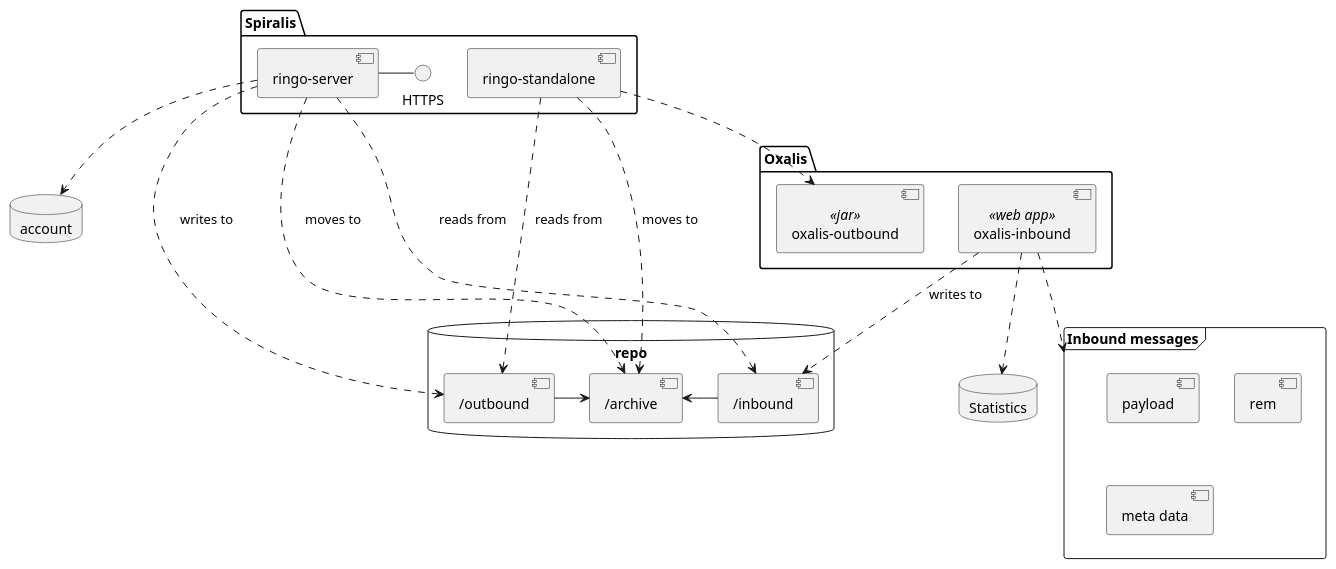
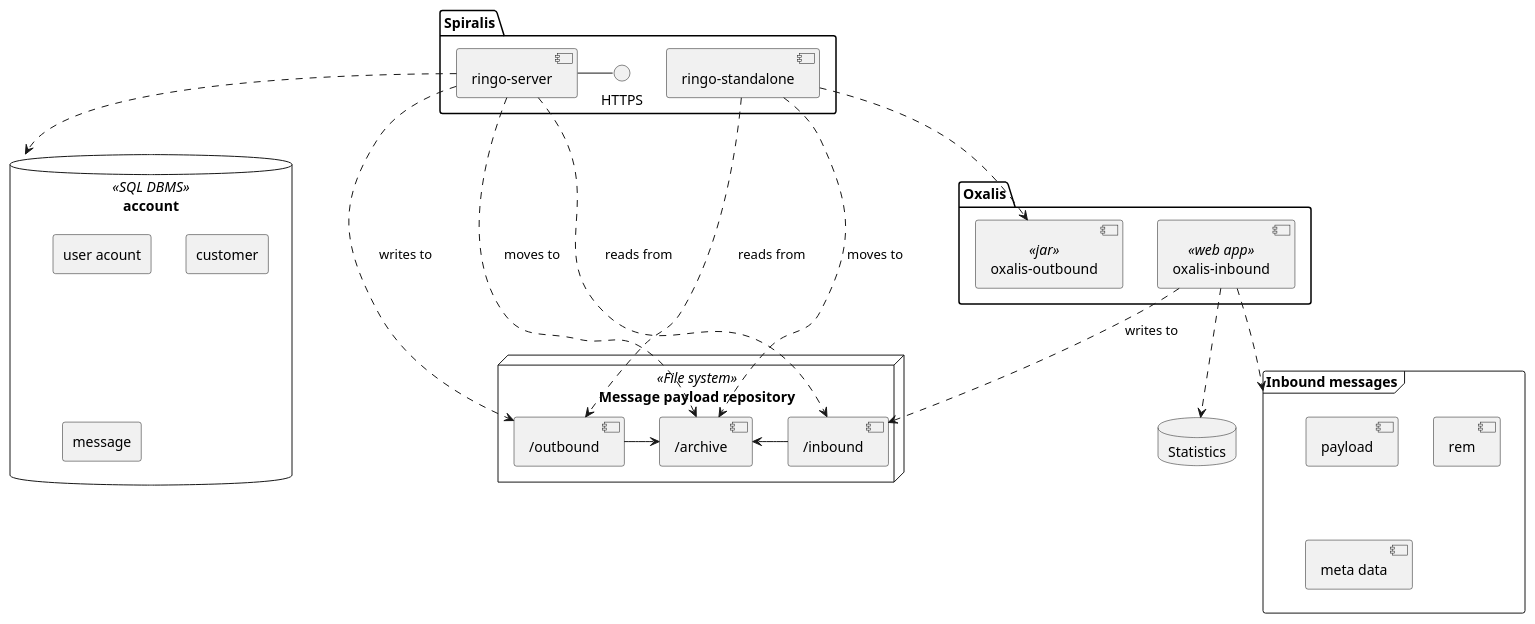
One commit to serxipc/vefa-srest changed the diagram in doc/integration-with-oxalis.puml. Above: the diagram before and after it, drawn with PlantUML. The commit also changed 19 other files, not shown here.

```diff
--- a/doc/integration-with-oxalis.puml
+++ b/doc/integration-with-oxalis.puml
@@ -1,43 +1,47 @@
 @startuml
 
 database "Statistics" as odb
-database account
+database account <<SQL DBMS>> {
+    rectangle "user acount"
+    rectangle "customer"
+    rectangle message
+}
 
-database repo {
+node "Message payload repository" as r <<File system>> {
     component "/inbound" as inbound
     component "/outbound" as outbound
     component "/archive" as archive
     inbound -> archive
     outbound -> archive
 }
 
 package "Spiralis" {
     component "ringo-server" as rs
     rs - HTTPS
     rs ..> account
 
     component "ringo-standalone" as s
     s ..> outbound : reads from
     s ..> archive  : moves to
 
     rs ..> inbound : reads from
     rs ..> outbound : writes to
     rs ..> archive : moves to
 }
 
 package "Oxalis" {
     component "oxalis-inbound" as oxalis_inbound <<web app>>
     component "oxalis-outbound" as ob <<jar>>
     s ..> ob
     oxalis_inbound ..> odb
 
 }
     frame "Inbound messages" as mr {
         [payload]
         [rem]
         [meta data]
     }
 
 oxalis_inbound ..> mr
 oxalis_inbound ..> inbound : writes to
 @enduml
```
